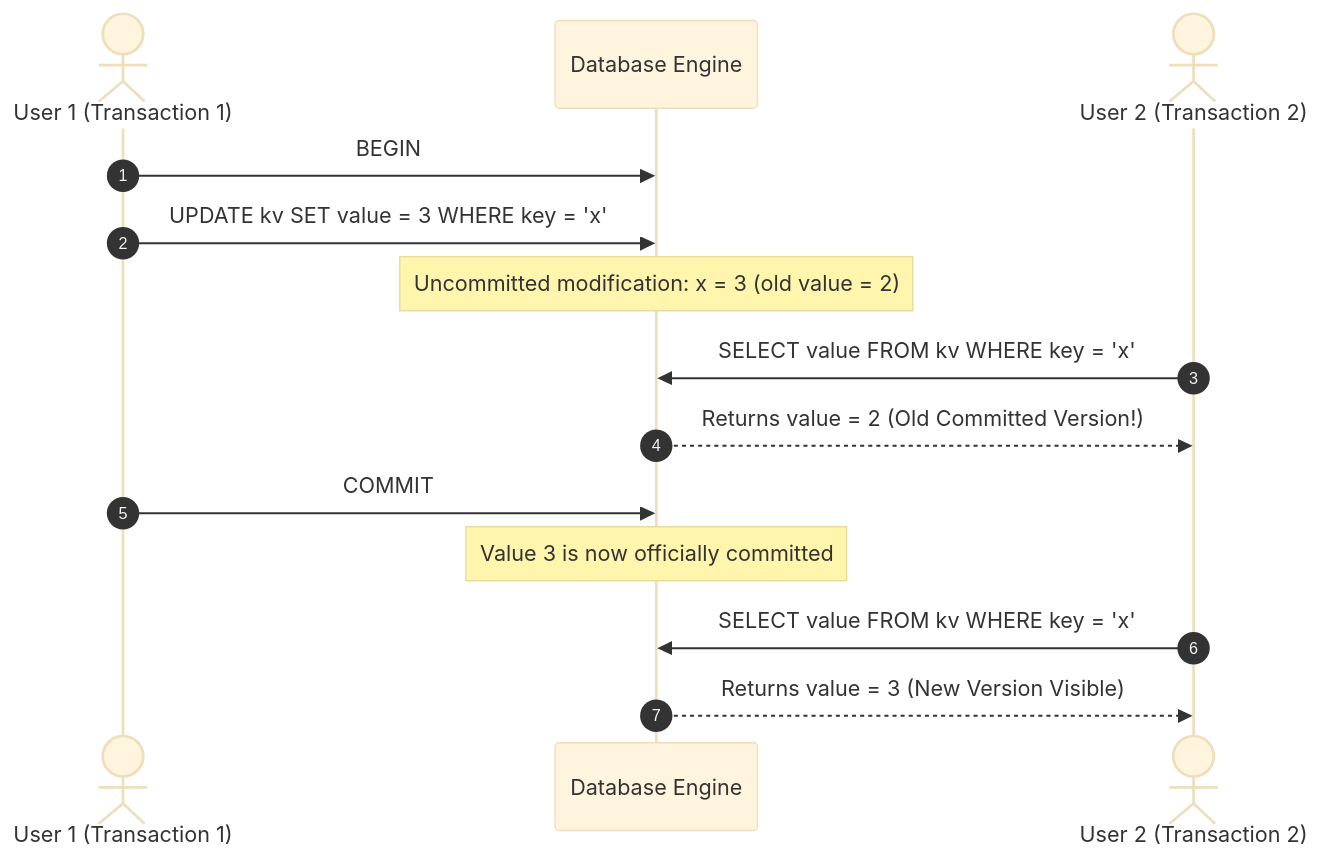
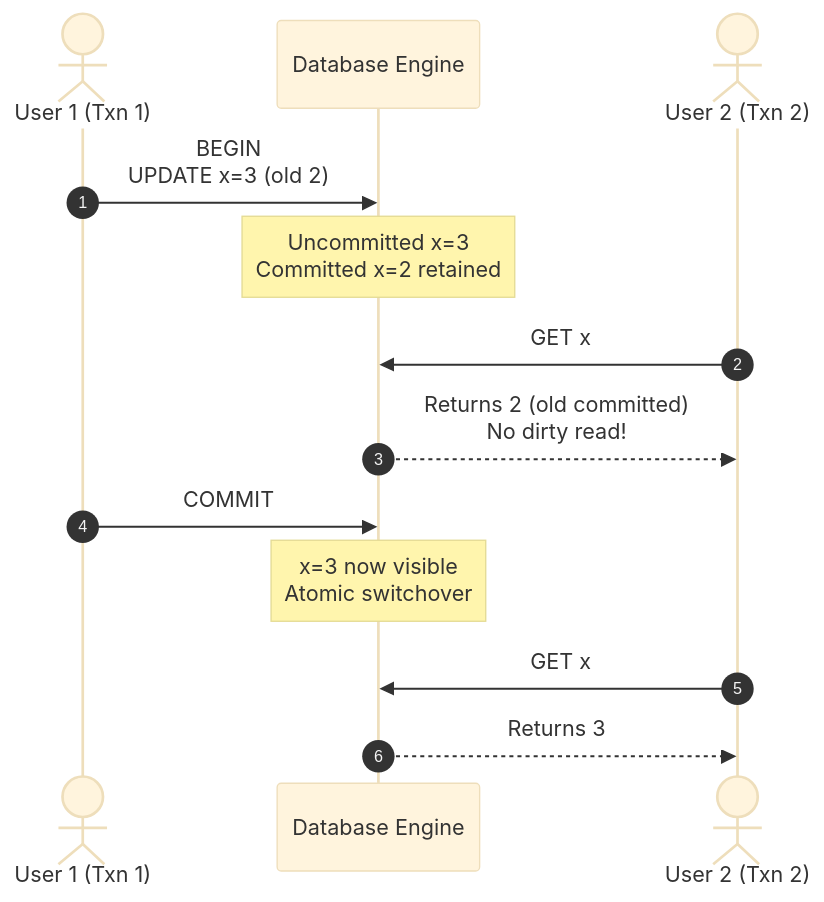
One commit to 1mimhe/books-summery changed the fourth of 14 diagrams in 01 Designing Data-Intensive Applications/chapter-08-transactions.md. Above: the diagram before and after it, drawn with Mermaid (base theme). The commit also changed other lines of this file and 2 other files, not shown here.

Commit message:
docs(book01): forensic rewrite ch08-10 (14 txn figs+XSSI, fig 9-5/Byzantine, IDs/UUID consensus)

````diff
--- a/01 Designing Data-Intensive Applications/chapter-08-transactions.md
+++ b/01 Designing Data-Intensive Applications/chapter-08-transactions.md
@@ -279,20 +401,15 @@
 ```mermaid
 sequenceDiagram
   autonumber
-  actor U1 as User 1 (Transaction 1)
+  actor U1 as User 1 (Txn 1)
   participant DB as Database Engine
-  actor U2 as User 2 (Transaction 2)
-
-  U1->>DB: BEGIN
-  U1->>DB: UPDATE kv SET value = 3 WHERE key = 'x'
-  Note over DB: Uncommitted modification: x = 3 (old value = 2)
-
-  U2->>DB: SELECT value FROM kv WHERE key = 'x'
-  DB-->>U2: Returns value = 2 (Old Committed Version!)
-
+  actor U2 as User 2 (Txn 2)
+  U1->>DB: BEGIN<br/>UPDATE x=3 (old 2)
+  Note over DB: Uncommitted x=3<br/>Committed x=2 retained
+  U2->>DB: GET x
+  DB-->>U2: Returns 2 (old committed)<br/>No dirty read!
   U1->>DB: COMMIT
-  Note over DB: Value 3 is now officially committed
-
-  U2->>DB: SELECT value FROM kv WHERE key = 'x'
-  DB-->>U2: Returns value = 3 (New Version Visible)
+  Note over DB: x=3 now visible<br/>Atomic switchover
+  U2->>DB: GET x
+  DB-->>U2: Returns 3
 ```
````
